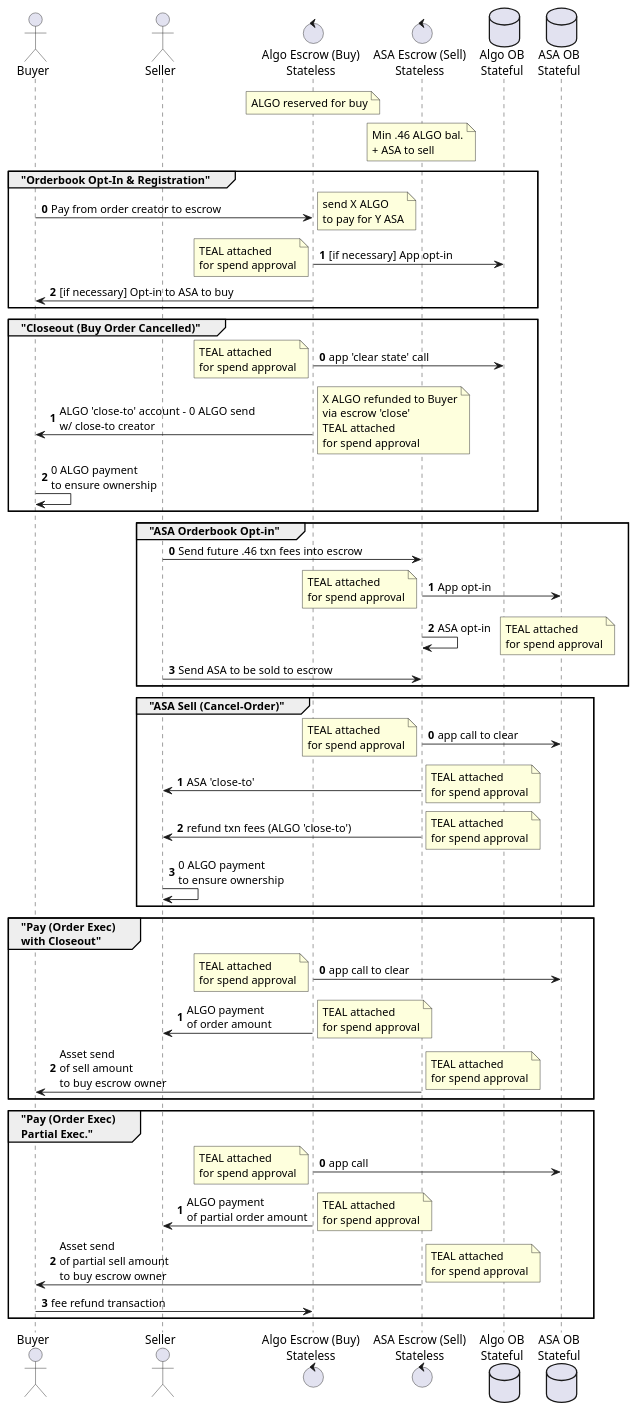
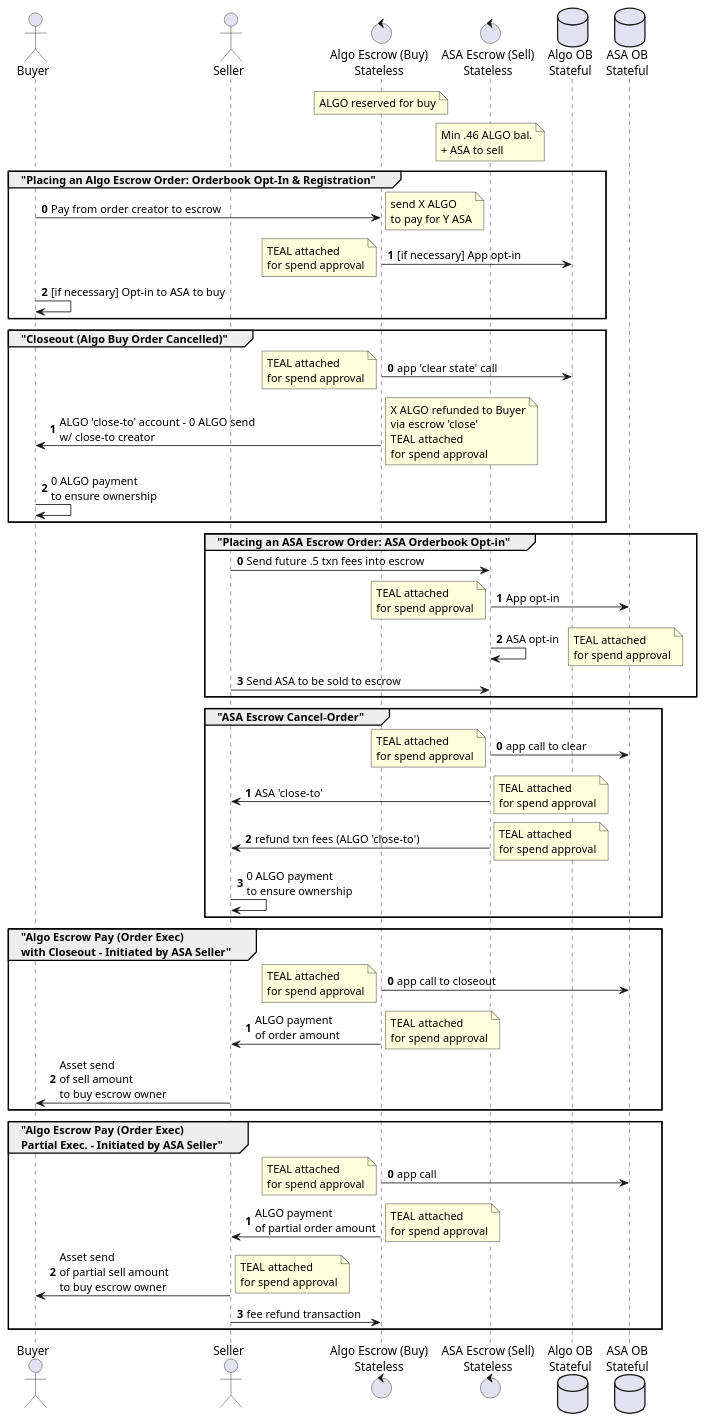
The diagram in diagrams/contracts.puml (algodex/algodex-architecture), drawn with PlantUML before and after one commit.

Commit message:
Fix diagrams part 1

```diff
--- a/diagrams/contracts.puml
+++ b/diagrams/contracts.puml
@@ -1,71 +1,69 @@
 @startuml
 actor Buyer
 actor Seller
 control "Algo Escrow (Buy)\nStateless" as AlgoEscrow
 control "ASA Escrow (Sell)\nStateless" as ASAEscrow
 database "Algo OB\nStateful" as AlgoOB
 database "ASA OB\nStateful" as ASAOB
 note over AlgoEscrow: ALGO reserved for buy
 note over ASAEscrow: Min .46 ALGO bal.\n+ ASA to sell
 
-group "Orderbook Opt-In & Registration"
+group "Placing an Algo Escrow Order: Orderbook Opt-In & Registration"
 autonumber 0
 Buyer -> AlgoEscrow: Pay from order creator to escrow
 note right: send X ALGO\nto pay for Y ASA
 AlgoEscrow -> AlgoOB: [if necessary] App opt-in
 note left: TEAL attached\nfor spend approval
-AlgoEscrow -> Buyer: [if necessary] Opt-in to ASA to buy
+Buyer -> Buyer: [if necessary] Opt-in to ASA to buy
 end
 
-group "Closeout (Buy Order Cancelled)"
+group "Closeout (Algo Buy Order Cancelled)"
 autonumber 0
 AlgoEscrow -> AlgoOB: app 'clear state' call
 note left: TEAL attached\nfor spend approval
 AlgoEscrow -> Buyer: ALGO 'close-to' account - 0 ALGO send\nw/ close-to creator
 note right: X ALGO refunded to Buyer\nvia escrow 'close'\nTEAL attached\nfor spend approval
 Buyer -> Buyer: 0 ALGO payment\nto ensure ownership
 end
 
-group "ASA Orderbook Opt-in"
+group "Placing an ASA Escrow Order: ASA Orderbook Opt-in"
 autonumber 0
-Seller -> ASAEscrow: Send future .46 txn fees into escrow
+Seller -> ASAEscrow: Send future .5 txn fees into escrow
 ASAEscrow -> ASAOB: App opt-in
 note left: TEAL attached\nfor spend approval
 ASAEscrow -> ASAEscrow: ASA opt-in
 note right: TEAL attached\nfor spend approval
 Seller -> ASAEscrow: Send ASA to be sold to escrow
 end
 
-group "ASA Sell (Cancel-Order)"
+group "ASA Escrow Cancel-Order"
 autonumber 0
 ASAEscrow -> ASAOB: app call to clear
 note left: TEAL attached\nfor spend approval
 ASAEscrow -> Seller: ASA 'close-to'
 note right: TEAL attached\nfor spend approval
 ASAEscrow -> Seller: refund txn fees (ALGO 'close-to')
 note right: TEAL attached\nfor spend approval
 Seller -> Seller: 0 ALGO payment\nto ensure ownership
 end
 
-group "Pay (Order Exec)\nwith Closeout"
+group "Algo Escrow Pay (Order Exec)\nwith Closeout - Initiated by ASA Seller"
 autonumber 0
-AlgoEscrow -> ASAOB: app call to clear
+AlgoEscrow -> ASAOB: app call to closeout
 note left: TEAL attached\nfor spend approval
 AlgoEscrow -> Seller: ALGO payment\nof order amount
 note right: TEAL attached\nfor spend approval
-ASAEscrow -> Buyer: Asset send\nof sell amount\nto buy escrow owner
-note right: TEAL attached\nfor spend approval
+Seller -> Buyer: Asset send\nof sell amount\nto buy escrow owner
 end
 
-group "Pay (Order Exec)\nPartial Exec."
+group "Algo Escrow Pay (Order Exec)\nPartial Exec. - Initiated by ASA Seller"
 autonumber 0
 AlgoEscrow -> ASAOB: app call
 note left: TEAL attached\nfor spend approval
 AlgoEscrow -> Seller: ALGO payment\nof partial order amount
 note right: TEAL attached\nfor spend approval
-ASAEscrow -> Buyer: Asset send\nof partial sell amount\nto buy escrow owner
+Seller -> Buyer: Asset send\nof partial sell amount\nto buy escrow owner
 note right: TEAL attached\nfor spend approval
-Buyer -> AlgoEscrow: fee refund transaction
+Seller -> AlgoEscrow: fee refund transaction
 end
-
 @enduml
```
